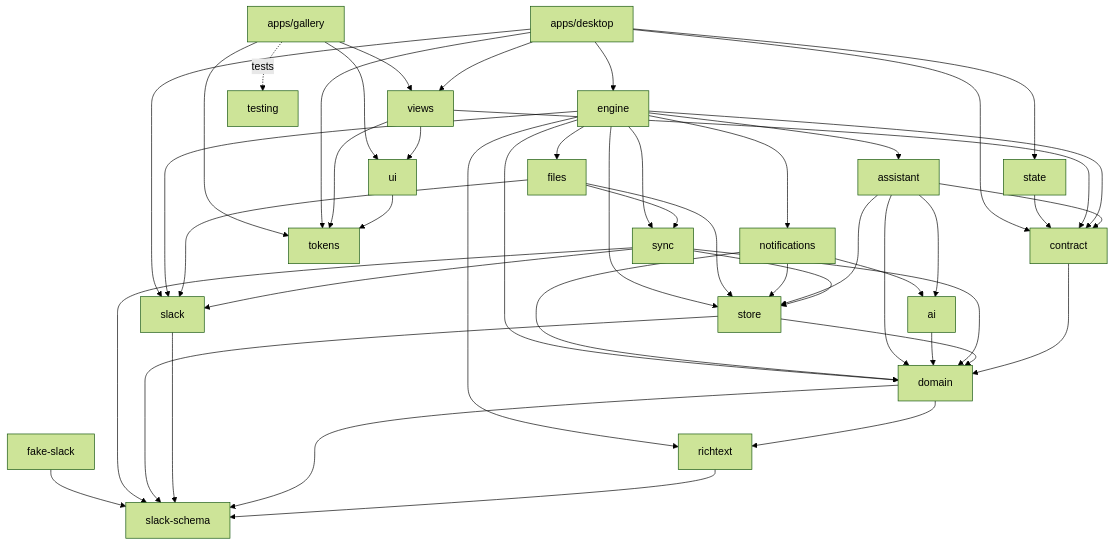
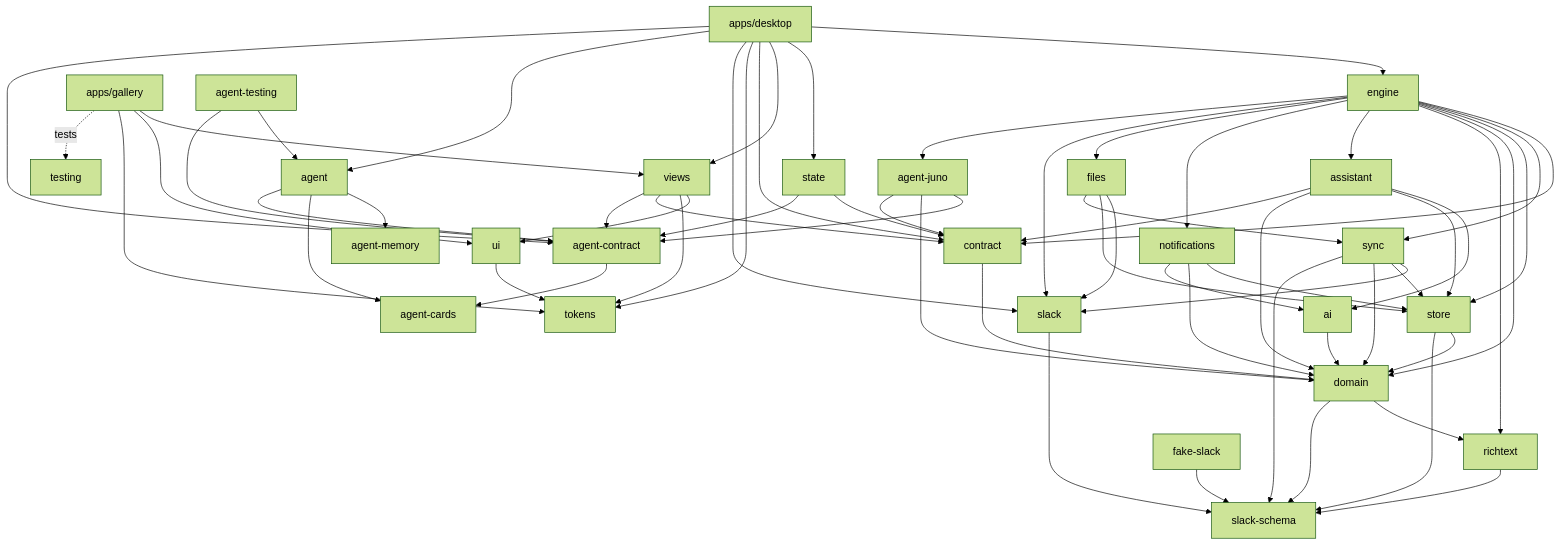
The second of 2 diagrams in docs/architecture.md (triptu/juno), drawn with Mermaid (forest theme) before and after one commit. The commit also changed other lines of this file and 3 other files, not shown here.

First line of the commit message:
Document Juno Agent's process, packages and port

````diff
--- a/docs/architecture.md
+++ b/docs/architecture.md
@@ -108,23 +110,31 @@
 ```mermaid
 flowchart TD
   slack_schema[slack-schema]
   richtext --> slack_schema
   domain --> richtext & slack_schema
   contract --> domain
   slack --> slack_schema
   store --> domain & slack_schema
   sync --> slack & store & domain & slack_schema
   ai --> domain
   assistant --> ai & store & domain & contract
   notifications --> store & domain & ai
   files --> slack & store & sync
   engine --> contract & sync & store & domain & richtext & assistant & notifications & files & slack
   fake_slack[fake-slack] --> slack_schema
   tokens
   ui --> tokens
   views --> ui & tokens & contract
   state --> contract
   desktop[apps/desktop] --> engine & state & views & contract & tokens & slack
   gallery[apps/gallery] --> views & ui & tokens
   gallery -.tests.-> testing[testing]
+  agent_contract[agent-contract] --> agent_cards[agent-cards]
+  agent --> agent_memory[agent-memory] & agent_cards & agent_contract
+  agent_juno[agent-juno] --> agent_contract & domain & contract
+  agent_testing[agent-testing] --> agent & agent_contract
+  engine --> agent_juno
+  state --> agent_contract
+  views --> agent_contract
+  desktop --> agent & agent_contract
 ```
````
